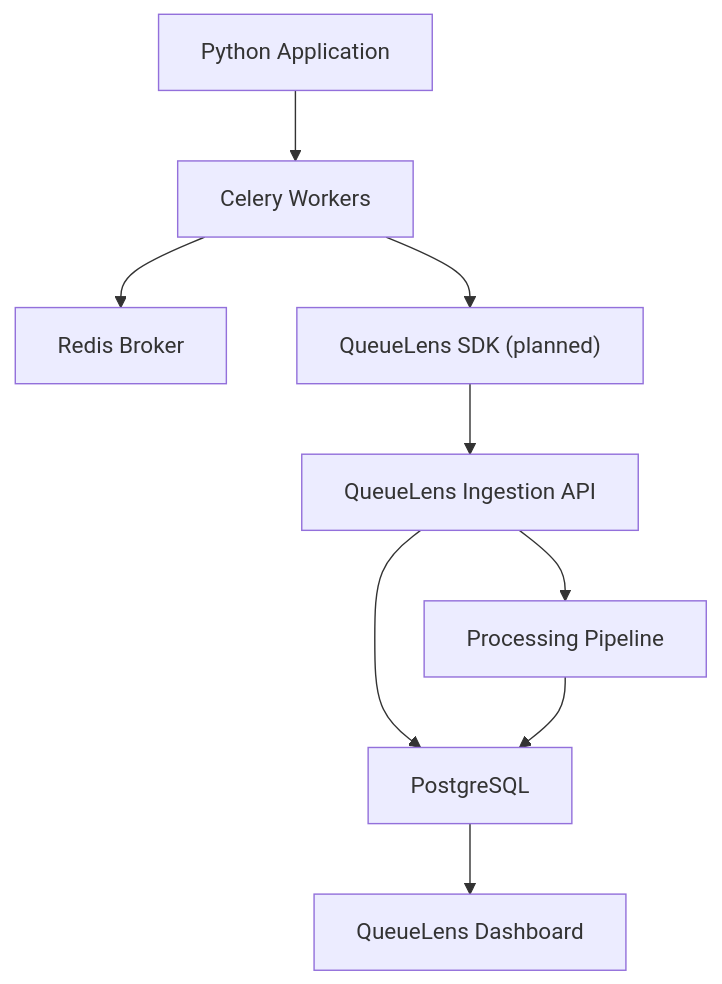
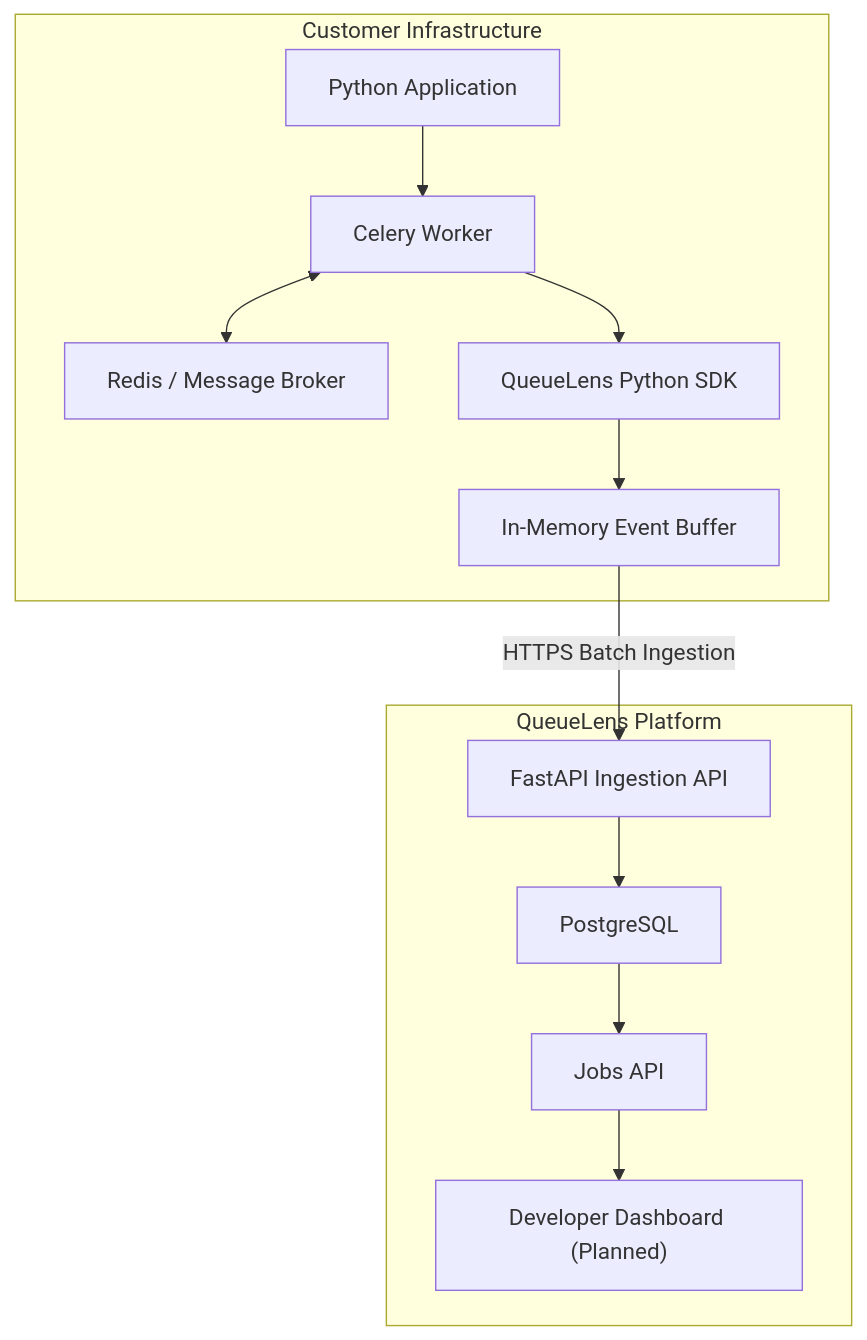
Before and after one commit to muhammedsafuvan/q-lens: the diagram in README.md, drawn with Mermaid. The commit also changed other lines of this file, not shown here.

````diff
--- a/README.md
+++ b/README.md
@@ -52,11 +96,16 @@
 ```mermaid
 flowchart TD
-    A["Python Application"] --> B["Celery Workers"]
-    B --> C["Redis Broker"]
-    B --> D["QueueLens SDK (planned)"]
-    D --> E["QueueLens Ingestion API"]
-    E --> F["PostgreSQL"]
-    E --> G["Processing Pipeline"]
-    G --> F
-    F --> H["QueueLens Dashboard"]
+    subgraph Customer["Customer Infrastructure"]
+        A["Python Application"] --> B["Celery Worker"]
+        B <--> C["Redis / Message Broker"]
+        B --> D["QueueLens Python SDK"]
+        D --> E["In-Memory Event Buffer"]
+    end
+
+    subgraph Platform["QueueLens Platform"]
+        E -->|"HTTPS Batch Ingestion"| F["FastAPI Ingestion API"]
+        F --> G["PostgreSQL"]
+        G --> H["Jobs API"]
+        H --> I["Developer Dashboard (Planned)"]
+    end
 ```
````
